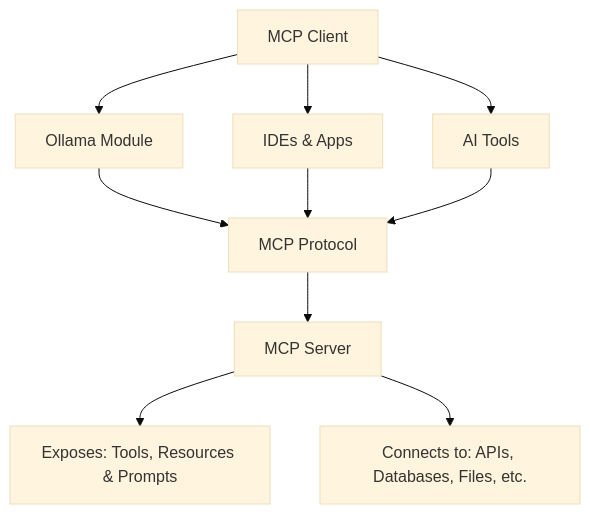
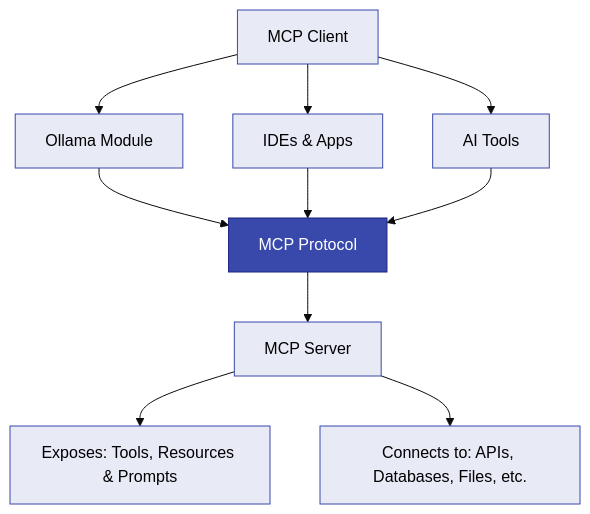
The first of 3 diagrams in Labs/Lab01-MCP-Fundamentals/lab.md (nirgeier/AI-K8S-MCP), drawn with Mermaid (base theme) before and after one commit. The commit also changed other lines of this file and 474 other files, not shown here.

Commit message:
Standardize Mermaid diagram colors to indigo theme and rebuild with submodule flow

````diff
--- a/Labs/Lab01-MCP-Fundamentals/lab.md
+++ b/Labs/Lab01-MCP-Fundamentals/lab.md
@@ -92,12 +97,21 @@
 ```mermaid
 graph TD
     A[MCP Client] --> B[Ollama Module]
     A --> C[IDEs & Apps]
     A --> D[AI Tools]
     B --> E[MCP Protocol]
     C --> E
     D --> E
     E --> F[MCP Server]
     F --> G[Exposes: Tools, Resources & Prompts]
     F --> H[Connects to: APIs, Databases, Files, etc.]
+
+    style A fill:#E8EAF6,stroke:#3949AB,color:#000
+    style B fill:#E8EAF6,stroke:#3949AB,color:#000
+    style C fill:#E8EAF6,stroke:#3949AB,color:#000
+    style D fill:#E8EAF6,stroke:#3949AB,color:#000
+    style E fill:#3949AB,stroke:#1A237E,color:#fff
+    style F fill:#E8EAF6,stroke:#3949AB,color:#000
+    style G fill:#E8EAF6,stroke:#3949AB,color:#000
+    style H fill:#E8EAF6,stroke:#3949AB,color:#000
 ```
````
